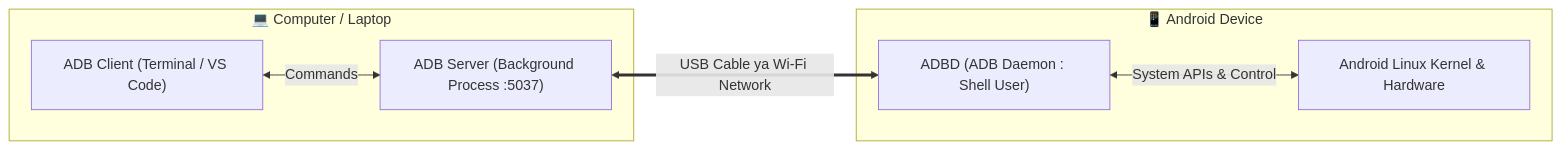
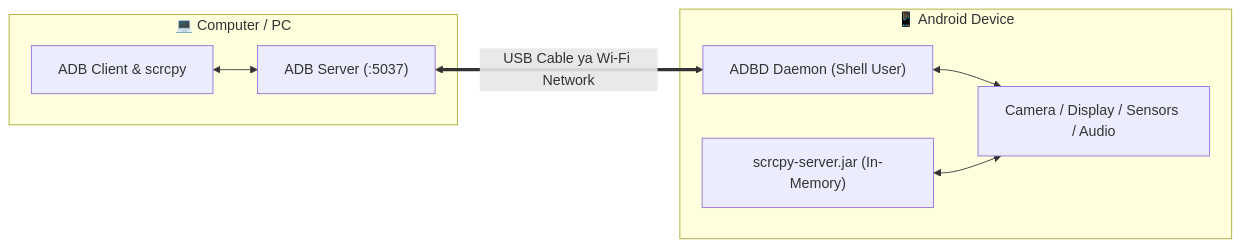
Before and after one commit to Rampravsh/awesome-adb-hinglish: the first of 3 diagrams in README.md, drawn with Mermaid. The commit also changed other lines of this file and 8 other files, not shown here.

````diff
--- a/README.md
+++ b/README.md
@@ -34,16 +35,18 @@
 ```mermaid
 graph LR
-    subgraph PC ["💻 Computer / Laptop"]
-        Client["ADB Client (Terminal / VS Code)"]
-        Server["ADB Server (Background Process :5037)"]
-        Client <-->|"Commands"| Server
+    subgraph PC ["💻 Computer / PC"]
+        Client["ADB Client & scrcpy"]
+        Server["ADB Server (:5037)"]
+        Client <--> Server
     end
 
     subgraph Phone ["📱 Android Device"]
-        Daemon["ADBD (ADB Daemon : Shell User)"]
-        OS["Android Linux Kernel & Hardware"]
-        Daemon <-->|"System APIs & Control"| OS
+        Daemon["ADBD Daemon (Shell User)"]
+        ScrcpyServer["scrcpy-server.jar (In-Memory)"]
+        Hardware["Camera / Display / Sensors / Audio"]
+        Daemon <--> Hardware
+        ScrcpyServer <--> Hardware
     end
 
     Server <==>|"USB Cable ya Wi-Fi Network"| Daemon
 ```
````
